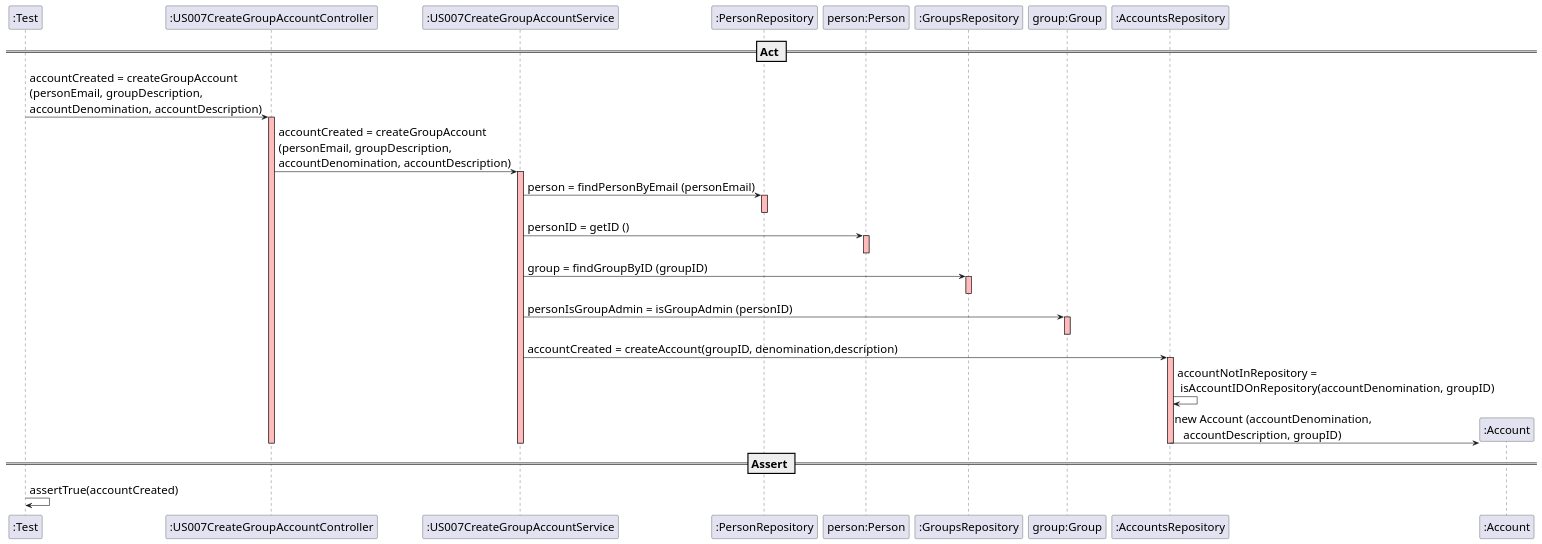
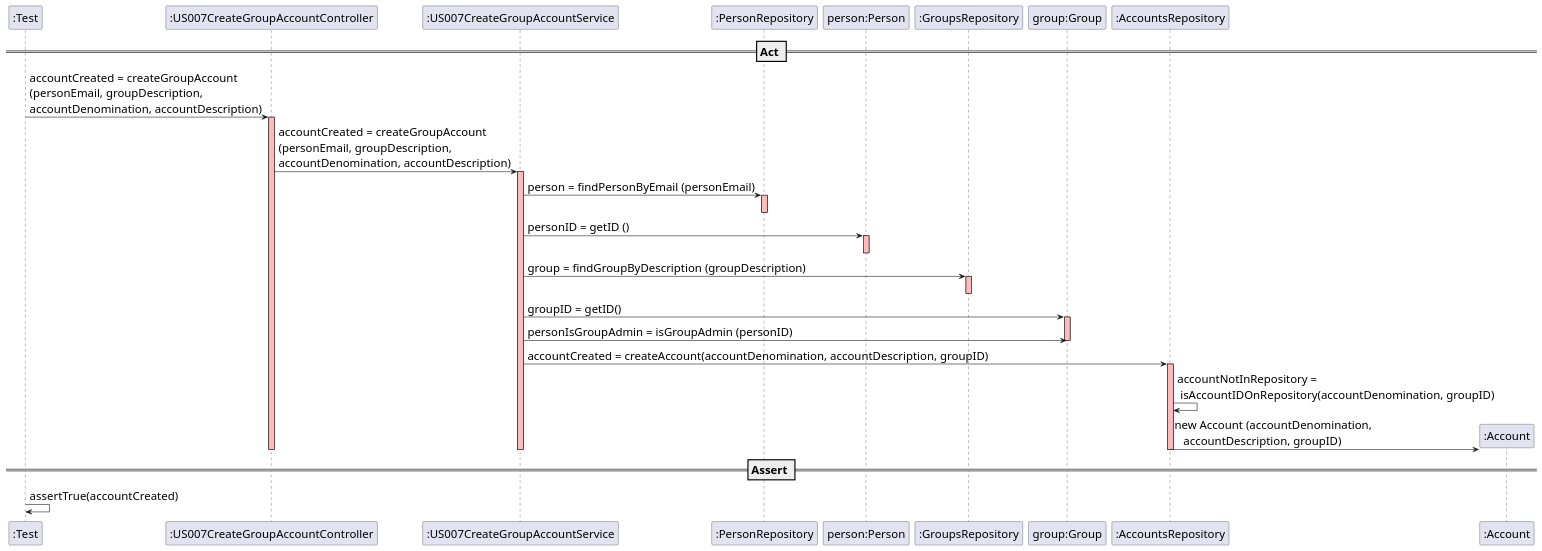
Before and after one commit to mleitaoribeiro/DevOpsMaven: the diagram in src/main/java/switch2019/project/controllers/US007CreateGroupAccountSD.puml, drawn with PlantUML. The commit also changed 2 other files, not shown here.

Commit message:
fixed #653 fixed #683 fixed #682 : changed US007 Sequence Diagram | small test changes

```diff
--- a/src/main/java/switch2019/project/controllers/US007CreateGroupAccountSD.puml
+++ b/src/main/java/switch2019/project/controllers/US007CreateGroupAccountSD.puml
@@ -1,60 +1,61 @@
 @startuml
 skinparam DefaultFontSize 20
 
 participant ":Test"
 participant ":US007CreateGroupAccountController"
 participant ":US007CreateGroupAccountService"
 participant ":PersonRepository"
 participant "person:Person"
 participant ":GroupsRepository"
 participant "group:Group"
 participant ":AccountsRepository"
 participant ":Account"
 
 == Act ==
 
 ":Test" -> ":US007CreateGroupAccountController" : accountCreated = createGroupAccount\n(personEmail, groupDescription, \naccountDenomination, accountDescription)
 activate ":US007CreateGroupAccountController"  #FFBBBB
 
 ":US007CreateGroupAccountController" -> ":US007CreateGroupAccountService" : accountCreated = createGroupAccount\n(personEmail, groupDescription, \naccountDenomination, accountDescription)
 activate ":US007CreateGroupAccountService"  #FFBBBB
 
 ":US007CreateGroupAccountService" -> ":PersonRepository" : person = findPersonByEmail (personEmail)
 activate ":PersonRepository"  #FFBBBB
 deactivate ":PersonRepository"  #FFBBBB
 
 ":US007CreateGroupAccountService" -> "person:Person" : personID = getID ()
 activate "person:Person"  #FFBBBB
 deactivate "person:Person"  #FFBBBB
 
-":US007CreateGroupAccountService" -> ":GroupsRepository" : group = findGroupByID (groupID)
+":US007CreateGroupAccountService" -> ":GroupsRepository" : group = findGroupByDescription (groupDescription)
 activate ":GroupsRepository"  #FFBBBB
 deactivate ":GroupsRepository"  #FFBBBB
 
+":US007CreateGroupAccountService" -> "group:Group" : groupID = getID()
+activate "group:Group" #FFBBBB
 ":US007CreateGroupAccountService" -> "group:Group" : personIsGroupAdmin = isGroupAdmin (personID)
-activate "group:Group" #FFBBBB
 deactivate "group:Group" #FFBBBB
 
 
 
-":US007CreateGroupAccountService" -> ":AccountsRepository" : accountCreated = createAccount(groupID, denomination,description)
+":US007CreateGroupAccountService" -> ":AccountsRepository" : accountCreated = createAccount(accountDenomination, accountDescription, groupID)
 activate ":AccountsRepository" #FFBBBB
 
 ":AccountsRepository" -> ":AccountsRepository" : accountNotInRepository = \n isAccountIDOnRepository(accountDenomination, groupID)
 
 
 create ":Account"
 ":AccountsRepository" -> ":Account" : new Account (accountDenomination, \n   accountDescription, groupID)
 
 deactivate ":AccountsRepository" #FFBBBB
 deactivate "group:Group" #FFBBBB
 deactivate ":PersonRepository" #FFBBBB
 deactivate ":GroupsRepository" #FFBBBB
 deactivate ":US007CreateGroupAccountService"  #FFBBBB
 deactivate ":US007CreateGroupAccountController" #FFBBBB
 
 == Assert ==
 
 ":Test" -> ":Test" : assertTrue(accountCreated)
 
 @enduml
```
